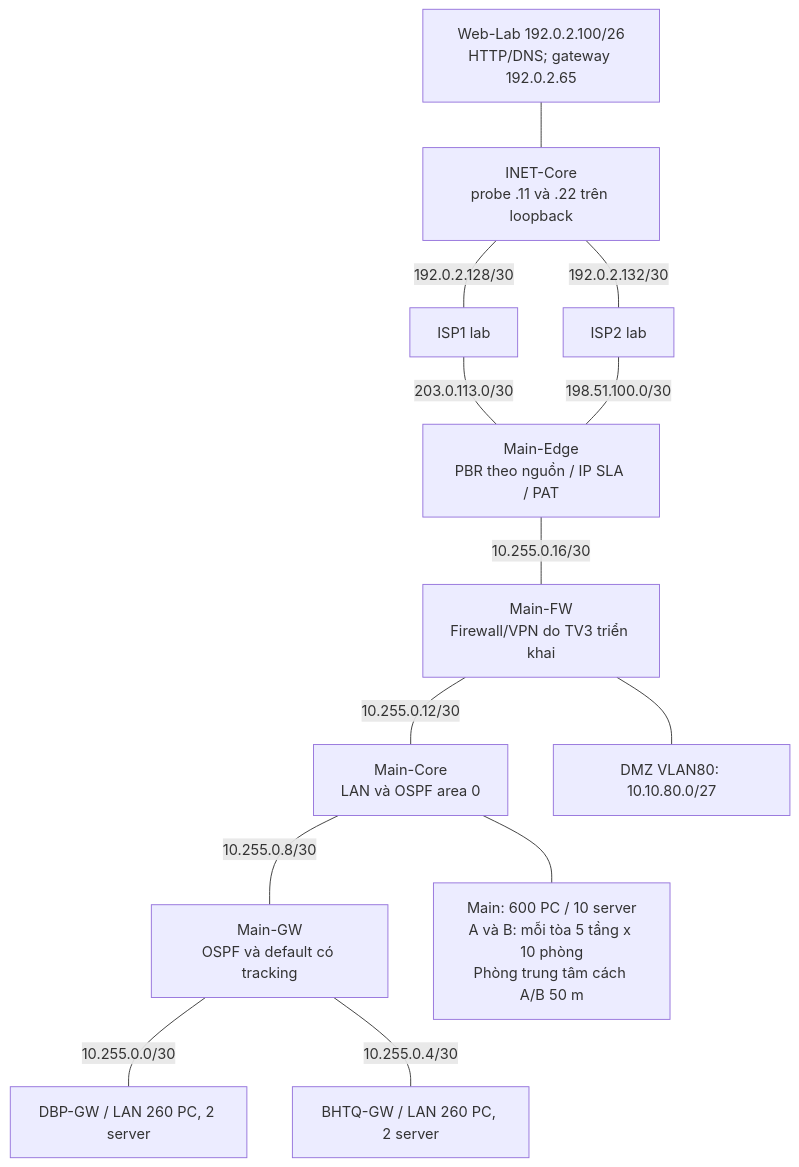
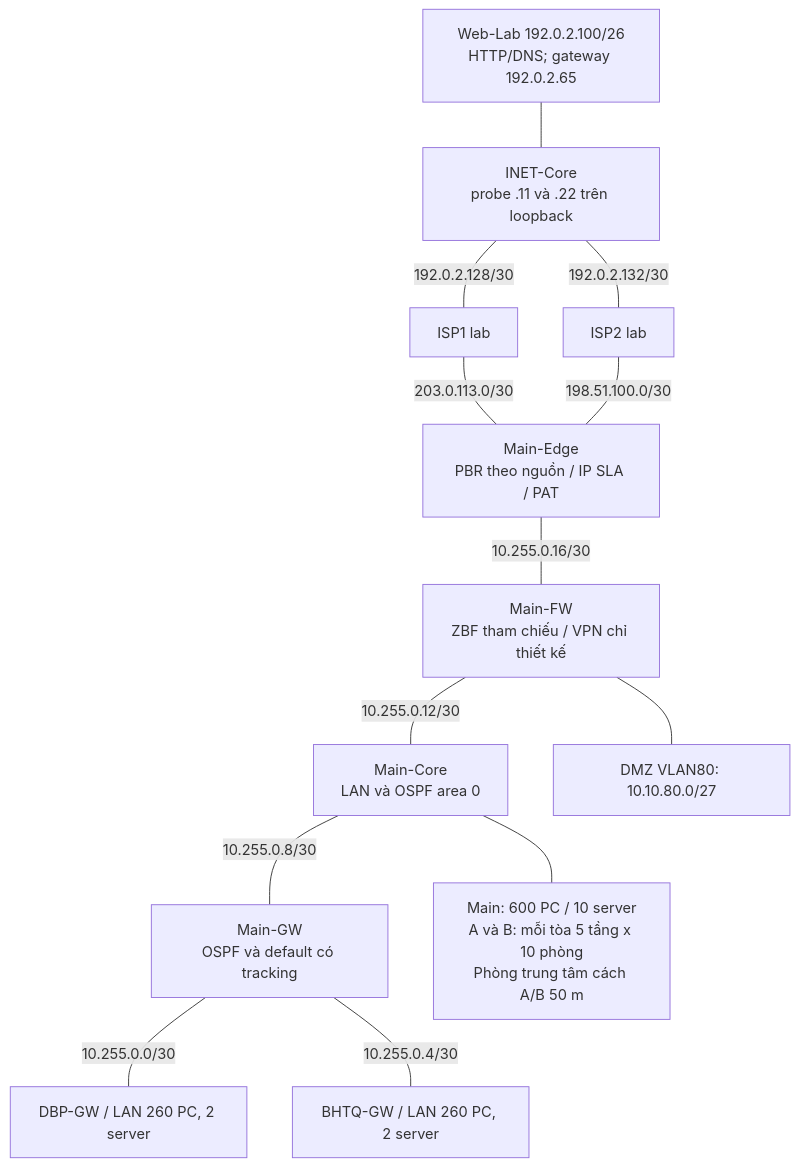
One commit to Dat-nguyen195/BTL_ComputerNetwork changed the diagram in docs/02-design/architecture.md. Above: the diagram before and after it, drawn with Mermaid. The commit also changed other lines of this file and 74 other files, not shown here.

````diff
--- a/docs/02-design/architecture.md
+++ b/docs/02-design/architecture.md
@@ -9,27 +9,27 @@
 ```mermaid
 flowchart TB
     WEB["Web-Lab 192.0.2.100/26\nHTTP/DNS; gateway 192.0.2.65"]
     INET["INET-Core\nprobe .11 và .22 trên loopback"]
     ISP1["ISP1 lab"]
     ISP2["ISP2 lab"]
     EDGE["Main-Edge\nPBR theo nguồn / IP SLA / PAT"]
-    FW["Main-FW\nFirewall/VPN do TV3 triển khai"]
+    FW["Main-FW\nZBF tham chiếu / VPN chỉ thiết kế"]
     CORE["Main-Core\nLAN và OSPF area 0"]
     GW["Main-GW\nOSPF và default có tracking"]
     DBP["DBP-GW / LAN 260 PC, 2 server"]
     BHTQ["BHTQ-GW / LAN 260 PC, 2 server"]
     LAN["Main: 600 PC / 10 server\nA và B: mỗi tòa 5 tầng x 10 phòng\nPhòng trung tâm cách A/B 50 m"]
     DMZ["DMZ VLAN80: 10.10.80.0/27"]
     WEB --- INET
     INET ---|"192.0.2.128/30"| ISP1
     INET ---|"192.0.2.132/30"| ISP2
     ISP1 ---|"203.0.113.0/30"| EDGE
     ISP2 ---|"198.51.100.0/30"| EDGE
     EDGE ---|"10.255.0.16/30"| FW
     FW ---|"10.255.0.12/30"| CORE
     FW --- DMZ
     CORE --- LAN
     CORE ---|"10.255.0.8/30"| GW
     GW ---|"10.255.0.0/30"| DBP
     GW ---|"10.255.0.4/30"| BHTQ
 ```
````
